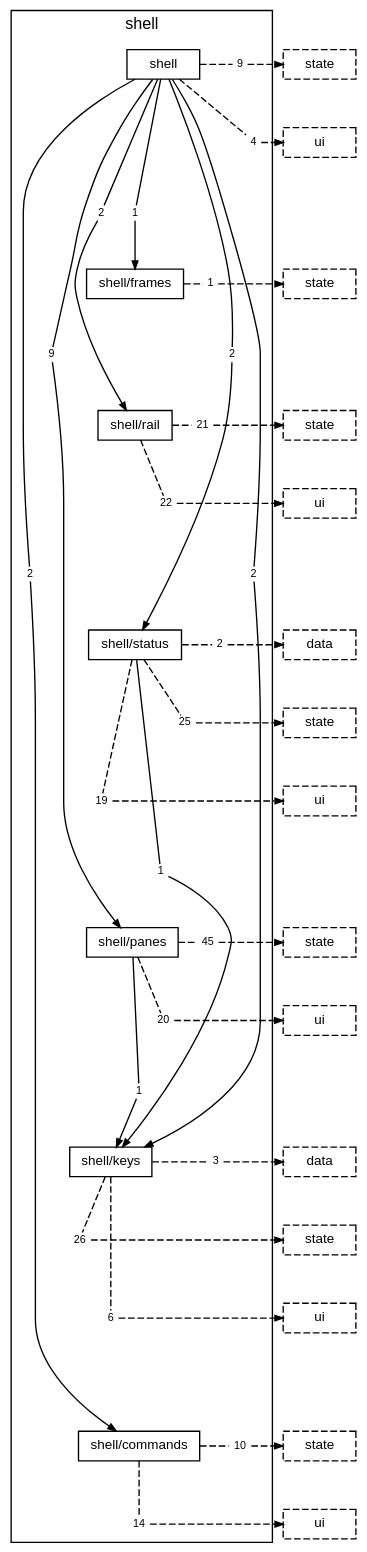
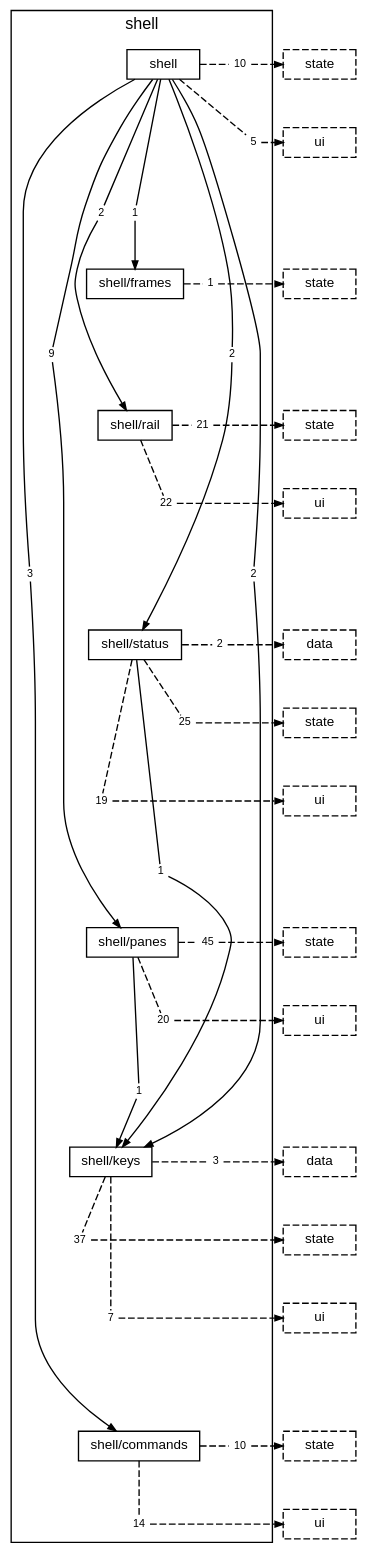
The diagram in docs/diagrams/layer-shell.dot (TheAxeC/oculus), drawn with Graphviz before and after one commit. The commit also changed 63 other files, not shown here.

```diff
--- a/docs/diagrams/layer-shell.dot
+++ b/docs/diagrams/layer-shell.dot
@@ -1,120 +1,120 @@
 digraph layer_shell {
     graph [bgcolor="transparent", rankdir=TB, newrank=true, mclimit=4, fontname="Helvetica,Arial,sans-serif", fontsize=12, nodesep=0.2, ranksep=0.5];
     node [shape=box, color="black", fontcolor="black", fontname="Helvetica,Arial,sans-serif", fontsize=10, height=0.3, margin="0.12,0.04"];
     edge [color="black", fontcolor="black", fontname="Helvetica,Arial,sans-serif", fontsize=8, arrowsize=0.6];
     subgraph "cluster_shell" {
         label="shell"; style=solid;
         "folder shell" [label="shell"];
         "folder shell/frames" [label="shell/frames"];
         "folder shell/rail" [label="shell/rail"];
         "folder shell/status" [label="shell/status"];
         "folder shell/panes" [label="shell/panes"];
         "folder shell/keys" [label="shell/keys"];
         "folder shell/commands" [label="shell/commands"];
-        "folder shell to folder shell/commands" [label="2", shape=box, color="transparent", fontsize=8, width=0, height=0, margin="0.04,0.02"];
+        "folder shell to folder shell/commands" [label="3", shape=box, color="transparent", fontsize=8, width=0, height=0, margin="0.04,0.02"];
         "folder shell to folder shell/frames" [label="1", shape=box, color="transparent", fontsize=8, width=0, height=0, margin="0.04,0.02"];
         "folder shell to folder shell/keys" [label="2", shape=box, color="transparent", fontsize=8, width=0, height=0, margin="0.04,0.02"];
         "folder shell to folder shell/panes" [label="9", shape=box, color="transparent", fontsize=8, width=0, height=0, margin="0.04,0.02"];
         "folder shell to folder shell/rail" [label="2", shape=box, color="transparent", fontsize=8, width=0, height=0, margin="0.04,0.02"];
         "folder shell to folder shell/status" [label="2", shape=box, color="transparent", fontsize=8, width=0, height=0, margin="0.04,0.02"];
-        "folder shell to layer state" [label="9", shape=box, color="transparent", fontsize=8, width=0, height=0, margin="0.04,0.02"];
-        "folder shell to layer ui" [label="4", shape=box, color="transparent", fontsize=8, width=0, height=0, margin="0.04,0.02"];
+        "folder shell to layer state" [label="10", shape=box, color="transparent", fontsize=8, width=0, height=0, margin="0.04,0.02"];
+        "folder shell to layer ui" [label="5", shape=box, color="transparent", fontsize=8, width=0, height=0, margin="0.04,0.02"];
         "folder shell/frames to layer state" [label="1", shape=box, color="transparent", fontsize=8, width=0, height=0, margin="0.04,0.02"];
         "folder shell/rail to layer state" [label="21", shape=box, color="transparent", fontsize=8, width=0, height=0, margin="0.04,0.02"];
         "folder shell/rail to layer ui" [label="22", shape=box, color="transparent", fontsize=8, width=0, height=0, margin="0.04,0.02"];
         "folder shell/status to folder shell/keys" [label="1", shape=box, color="transparent", fontsize=8, width=0, height=0, margin="0.04,0.02"];
         "folder shell/status to layer data" [label="2", shape=box, color="transparent", fontsize=8, width=0, height=0, margin="0.04,0.02"];
         "folder shell/status to layer state" [label="25", shape=box, color="transparent", fontsize=8, width=0, height=0, margin="0.04,0.02"];
         "folder shell/status to layer ui" [label="19", shape=box, color="transparent", fontsize=8, width=0, height=0, margin="0.04,0.02"];
         "folder shell/panes to folder shell/keys" [label="1", shape=box, color="transparent", fontsize=8, width=0, height=0, margin="0.04,0.02"];
         "folder shell/panes to layer state" [label="45", shape=box, color="transparent", fontsize=8, width=0, height=0, margin="0.04,0.02"];
         "folder shell/panes to layer ui" [label="20", shape=box, color="transparent", fontsize=8, width=0, height=0, margin="0.04,0.02"];
         "folder shell/keys to layer data" [label="3", shape=box, color="transparent", fontsize=8, width=0, height=0, margin="0.04,0.02"];
-        "folder shell/keys to layer state" [label="26", shape=box, color="transparent", fontsize=8, width=0, height=0, margin="0.04,0.02"];
-        "folder shell/keys to layer ui" [label="6", shape=box, color="transparent", fontsize=8, width=0, height=0, margin="0.04,0.02"];
+        "folder shell/keys to layer state" [label="37", shape=box, color="transparent", fontsize=8, width=0, height=0, margin="0.04,0.02"];
+        "folder shell/keys to layer ui" [label="7", shape=box, color="transparent", fontsize=8, width=0, height=0, margin="0.04,0.02"];
         "folder shell/commands to layer state" [label="10", shape=box, color="transparent", fontsize=8, width=0, height=0, margin="0.04,0.02"];
         "folder shell/commands to layer ui" [label="14", shape=box, color="transparent", fontsize=8, width=0, height=0, margin="0.04,0.02"];
     }
     "layer state from folder shell" [label="state", style=dashed];
     "layer ui from folder shell" [label="ui", style=dashed];
     "layer state from folder shell/frames" [label="state", style=dashed];
     "layer state from folder shell/rail" [label="state", style=dashed];
     "layer ui from folder shell/rail" [label="ui", style=dashed];
     "layer data from folder shell/status" [label="data", style=dashed];
     "layer state from folder shell/status" [label="state", style=dashed];
     "layer ui from folder shell/status" [label="ui", style=dashed];
     "layer state from folder shell/panes" [label="state", style=dashed];
     "layer ui from folder shell/panes" [label="ui", style=dashed];
     "layer data from folder shell/keys" [label="data", style=dashed];
     "layer state from folder shell/keys" [label="state", style=dashed];
     "layer ui from folder shell/keys" [label="ui", style=dashed];
     "layer state from folder shell/commands" [label="state", style=dashed];
     "layer ui from folder shell/commands" [label="ui", style=dashed];
     "folder shell" -> "folder shell/frames" [style=invis, weight=10, minlen=3];
     "folder shell/frames" -> "folder shell/rail" [style=invis, weight=10, minlen=2];
     "folder shell/rail" -> "folder shell/status" [style=invis, weight=10, minlen=3];
     "folder shell/status" -> "folder shell/panes" [style=invis, weight=10, minlen=4];
     "folder shell/panes" -> "folder shell/keys" [style=invis, weight=10, minlen=3];
     "folder shell/keys" -> "folder shell/commands" [style=invis, weight=10, minlen=4];
     "folder shell" -> "folder shell to folder shell/commands" [arrowhead=none, minlen=7, weight=10];
     "folder shell to folder shell/commands" -> "folder shell/commands" [];
     "folder shell" -> "folder shell to folder shell/frames" [arrowhead=none, minlen=2, weight=10];
     "folder shell to folder shell/frames" -> "folder shell/frames" [];
     "folder shell" -> "folder shell to folder shell/keys" [arrowhead=none, minlen=7, weight=10];
     "folder shell to folder shell/keys" -> "folder shell/keys" [];
     "folder shell" -> "folder shell to folder shell/panes" [arrowhead=none, minlen=4, weight=10];
     "folder shell to folder shell/panes" -> "folder shell/panes" [];
     "folder shell" -> "folder shell to folder shell/rail" [arrowhead=none, minlen=2, weight=10];
     "folder shell to folder shell/rail" -> "folder shell/rail" [];
     "folder shell" -> "folder shell to folder shell/status" [arrowhead=none, minlen=4, weight=10];
     "folder shell to folder shell/status" -> "folder shell/status" [];
     "folder shell" -> "folder shell to layer state" [arrowhead=none, style=dashed];
     "folder shell to layer state" -> "layer state from folder shell" [style=dashed];
     { rank=same; "folder shell"; "folder shell to layer state"; "layer state from folder shell"; }
     "folder shell" -> "folder shell to layer ui" [arrowhead=none, style=dashed, minlen=1, weight=10];
     "folder shell to layer ui" -> "layer ui from folder shell" [style=dashed];
     { rank=same; "folder shell to layer ui"; "layer ui from folder shell"; }
     "folder shell/frames" -> "folder shell/frames to layer state" [arrowhead=none, style=dashed];
     "folder shell/frames to layer state" -> "layer state from folder shell/frames" [style=dashed];
     { rank=same; "folder shell/frames"; "folder shell/frames to layer state"; "layer state from folder shell/frames"; }
     "folder shell/rail" -> "folder shell/rail to layer state" [arrowhead=none, style=dashed];
     "folder shell/rail to layer state" -> "layer state from folder shell/rail" [style=dashed];
     { rank=same; "folder shell/rail"; "folder shell/rail to layer state"; "layer state from folder shell/rail"; }
     "folder shell/rail" -> "folder shell/rail to layer ui" [arrowhead=none, style=dashed, minlen=1, weight=10];
     "folder shell/rail to layer ui" -> "layer ui from folder shell/rail" [style=dashed];
     { rank=same; "folder shell/rail to layer ui"; "layer ui from folder shell/rail"; }
     "folder shell/status" -> "folder shell/status to folder shell/keys" [arrowhead=none, minlen=3, weight=10];
     "folder shell/status to folder shell/keys" -> "folder shell/keys" [];
     "folder shell/status" -> "folder shell/status to layer data" [arrowhead=none, style=dashed];
     "folder shell/status to layer data" -> "layer data from folder shell/status" [style=dashed];
     { rank=same; "folder shell/status"; "folder shell/status to layer data"; "layer data from folder shell/status"; }
     "folder shell/status" -> "folder shell/status to layer state" [arrowhead=none, style=dashed, minlen=1, weight=10];
     "folder shell/status to layer state" -> "layer state from folder shell/status" [style=dashed];
     { rank=same; "folder shell/status to layer state"; "layer state from folder shell/status"; }
     "folder shell/status" -> "folder shell/status to layer ui" [arrowhead=none, style=dashed, minlen=2, weight=10];
     "folder shell/status to layer ui" -> "layer ui from folder shell/status" [style=dashed];
     { rank=same; "folder shell/status to layer ui"; "layer ui from folder shell/status"; }
     "folder shell/panes" -> "folder shell/panes to folder shell/keys" [arrowhead=none, minlen=2, weight=10];
     "folder shell/panes to folder shell/keys" -> "folder shell/keys" [];
     "folder shell/panes" -> "folder shell/panes to layer state" [arrowhead=none, style=dashed];
     "folder shell/panes to layer state" -> "layer state from folder shell/panes" [style=dashed];
     { rank=same; "folder shell/panes"; "folder shell/panes to layer state"; "layer state from folder shell/panes"; }
     "folder shell/panes" -> "folder shell/panes to layer ui" [arrowhead=none, style=dashed, minlen=1, weight=10];
     "folder shell/panes to layer ui" -> "layer ui from folder shell/panes" [style=dashed];
     { rank=same; "folder shell/panes to layer ui"; "layer ui from folder shell/panes"; }
     "folder shell/keys" -> "folder shell/keys to layer data" [arrowhead=none, style=dashed];
     "folder shell/keys to layer data" -> "layer data from folder shell/keys" [style=dashed];
     { rank=same; "folder shell/keys"; "folder shell/keys to layer data"; "layer data from folder shell/keys"; }
     "folder shell/keys" -> "folder shell/keys to layer state" [arrowhead=none, style=dashed, minlen=1, weight=10];
     "folder shell/keys to layer state" -> "layer state from folder shell/keys" [style=dashed];
     { rank=same; "folder shell/keys to layer state"; "layer state from folder shell/keys"; }
     "folder shell/keys" -> "folder shell/keys to layer ui" [arrowhead=none, style=dashed, minlen=2, weight=10];
     "folder shell/keys to layer ui" -> "layer ui from folder shell/keys" [style=dashed];
     { rank=same; "folder shell/keys to layer ui"; "layer ui from folder shell/keys"; }
     "folder shell/commands" -> "folder shell/commands to layer state" [arrowhead=none, style=dashed];
     "folder shell/commands to layer state" -> "layer state from folder shell/commands" [style=dashed];
     { rank=same; "folder shell/commands"; "folder shell/commands to layer state"; "layer state from folder shell/commands"; }
     "folder shell/commands" -> "folder shell/commands to layer ui" [arrowhead=none, style=dashed, minlen=1, weight=10];
     "folder shell/commands to layer ui" -> "layer ui from folder shell/commands" [style=dashed];
     { rank=same; "folder shell/commands to layer ui"; "layer ui from folder shell/commands"; }
 }
```
